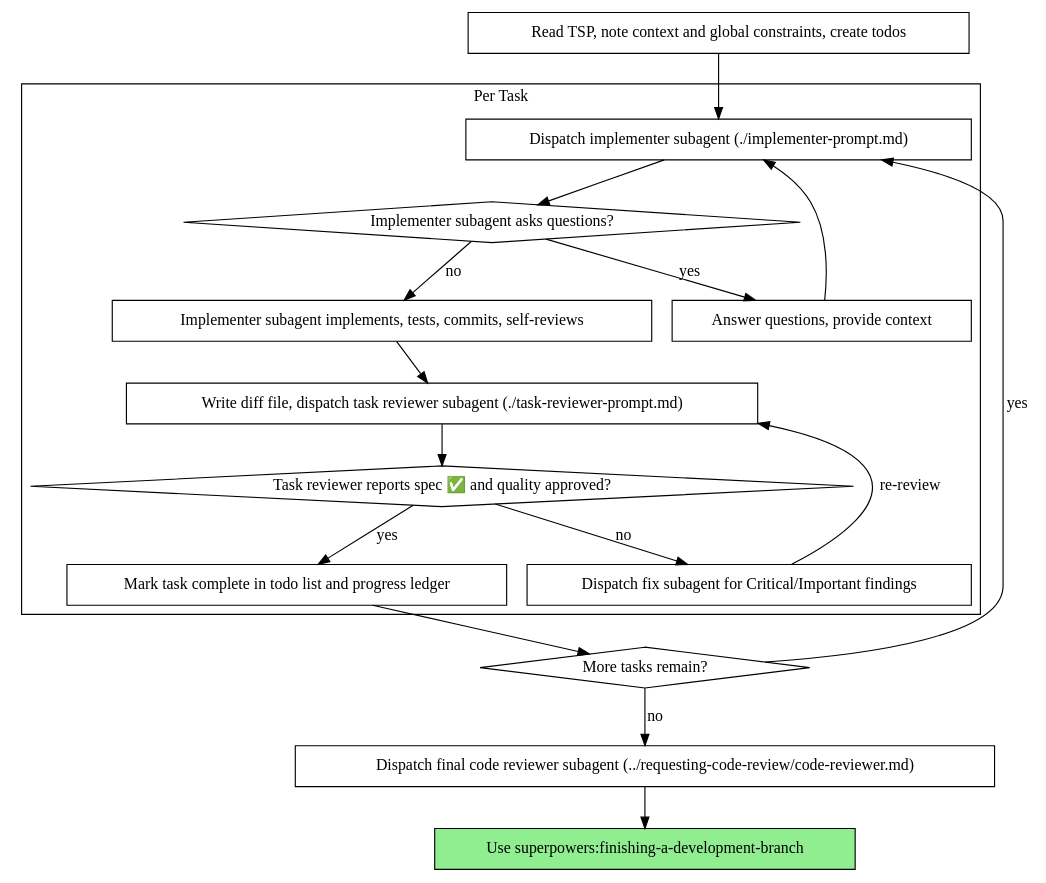
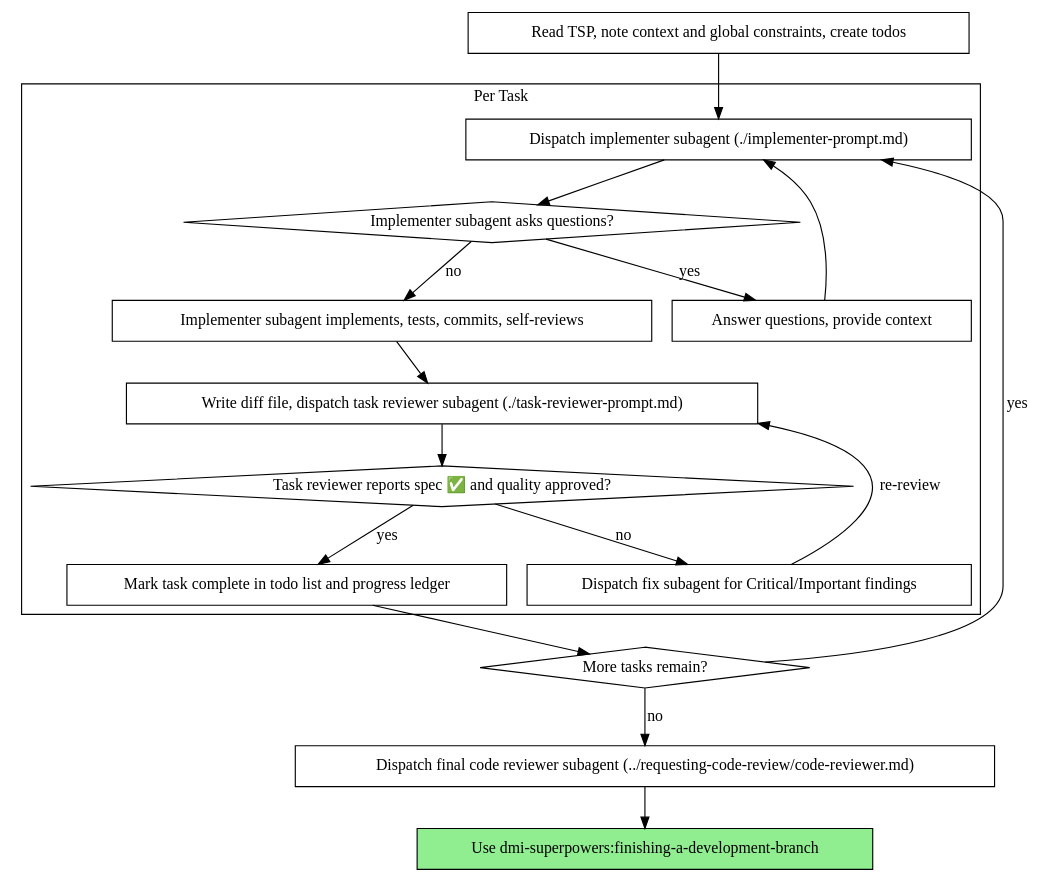
One commit to HundredBillion/dmi_superpowers changed the second of 2 diagrams in skills/subagent-driven-development/SKILL.md. Above: the diagram before and after it, drawn with Graphviz. The commit also changed other lines of this file and 21 other files, not shown here.

Commit message:
feat: rebrand namespace superpowers -> dmi-superpowers, reset version to 0.1.0

````diff
--- a/skills/subagent-driven-development/SKILL.md
+++ b/skills/subagent-driven-development/SKILL.md
@@ -47,37 +47,37 @@
 ```dot
 digraph process {
     rankdir=TB;
 
     subgraph cluster_per_task {
         label="Per Task";
         "Dispatch implementer subagent (./implementer-prompt.md)" [shape=box];
         "Implementer subagent asks questions?" [shape=diamond];
         "Answer questions, provide context" [shape=box];
         "Implementer subagent implements, tests, commits, self-reviews" [shape=box];
         "Write diff file, dispatch task reviewer subagent (./task-reviewer-prompt.md)" [shape=box];
         "Task reviewer reports spec ✅ and quality approved?" [shape=diamond];
         "Dispatch fix subagent for Critical/Important findings" [shape=box];
         "Mark task complete in todo list and progress ledger" [shape=box];
     }
 
     "Read TSP, note context and global constraints, create todos" [shape=box];
     "More tasks remain?" [shape=diamond];
     "Dispatch final code reviewer subagent (../requesting-code-review/code-reviewer.md)" [shape=box];
-    "Use superpowers:finishing-a-development-branch" [shape=box style=filled fillcolor=lightgreen];
+    "Use dmi-superpowers:finishing-a-development-branch" [shape=box style=filled fillcolor=lightgreen];
 
     "Read TSP, note context and global constraints, create todos" -> "Dispatch implementer subagent (./implementer-prompt.md)";
     "Dispatch implementer subagent (./implementer-prompt.md)" -> "Implementer subagent asks questions?";
     "Implementer subagent asks questions?" -> "Answer questions, provide context" [label="yes"];
     "Answer questions, provide context" -> "Dispatch implementer subagent (./implementer-prompt.md)";
     "Implementer subagent asks questions?" -> "Implementer subagent implements, tests, commits, self-reviews" [label="no"];
     "Implementer subagent implements, tests, commits, self-reviews" -> "Write diff file, dispatch task reviewer subagent (./task-reviewer-prompt.md)";
     "Write diff file, dispatch task reviewer subagent (./task-reviewer-prompt.md)" -> "Task reviewer reports spec ✅ and quality approved?";
     "Task reviewer reports spec ✅ and quality approved?" -> "Dispatch fix subagent for Critical/Important findings" [label="no"];
     "Dispatch fix subagent for Critical/Important findings" -> "Write diff file, dispatch task reviewer subagent (./task-reviewer-prompt.md)" [label="re-review"];
     "Task reviewer reports spec ✅ and quality approved?" -> "Mark task complete in todo list and progress ledger" [label="yes"];
     "Mark task complete in todo list and progress ledger" -> "More tasks remain?";
     "More tasks remain?" -> "Dispatch implementer subagent (./implementer-prompt.md)" [label="yes"];
     "More tasks remain?" -> "Dispatch final code reviewer subagent (../requesting-code-review/code-reviewer.md)" [label="no"];
-    "Dispatch final code reviewer subagent (../requesting-code-review/code-reviewer.md)" -> "Use superpowers:finishing-a-development-branch";
+    "Dispatch final code reviewer subagent (../requesting-code-review/code-reviewer.md)" -> "Use dmi-superpowers:finishing-a-development-branch";
 }
 ```
````
